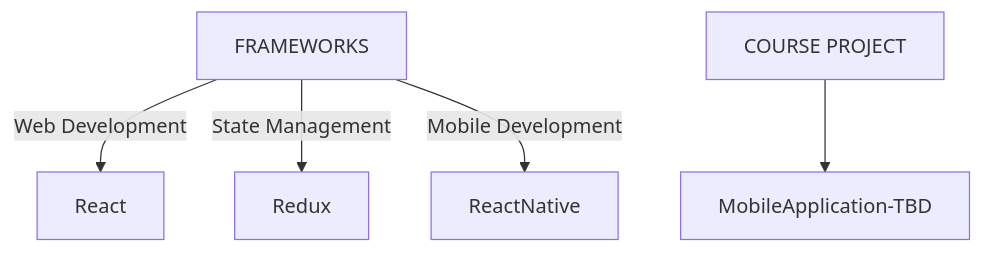
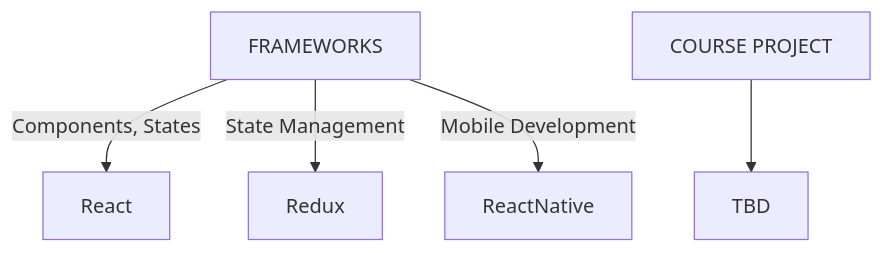
Before and after one commit to prak112/DevSchool-Javascript: the second of 2 diagrams in README.md, drawn with Mermaid. The commit also changed other lines of this file, not shown here.

````diff
--- a/README.md
+++ b/README.md
@@ -50,7 +80,7 @@
 ```mermaid
 graph TD
-C[FRAMEWORKS] --Web Development-->D[React]
+C[FRAMEWORKS] --Components, States-->D[React]
 C --State Management-->E[Redux]
 C --Mobile Development-->F[ReactNative]
-G[COURSE PROJECT] -->MobileApplication-TBD
+G[COURSE PROJECT] --> TBD
 ```
````
